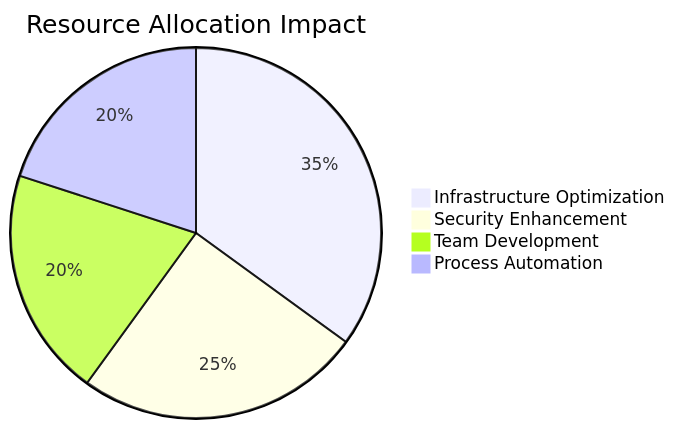
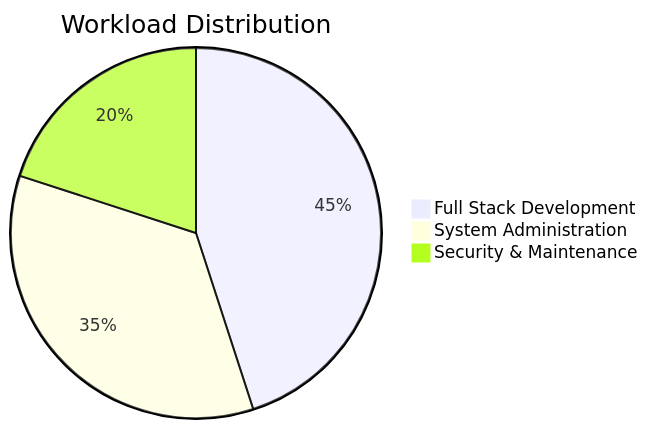
Before and after one commit to nfcdjobo/nfcdjobo: the second of 15 diagrams in README.md, drawn with Mermaid. The commit also changed other lines of this file, not shown here.

````diff
--- a/README.md
+++ b/README.md
@@ -112,7 +115,6 @@
 ```mermaid
-pie title Resource Allocation Impact
-    "Infrastructure Optimization" : 35
-    "Security Enhancement" : 25
-    "Team Development" : 20
-    "Process Automation" : 20
+pie title Workload Distribution
+    "Full Stack Development" : 45
+    "System Administration" : 35
+    "Security & Maintenance" : 20
 ```
````
